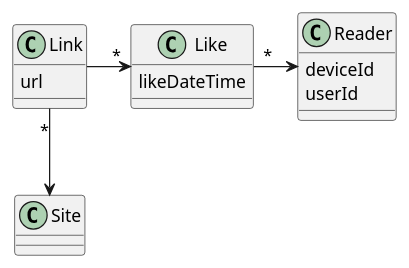
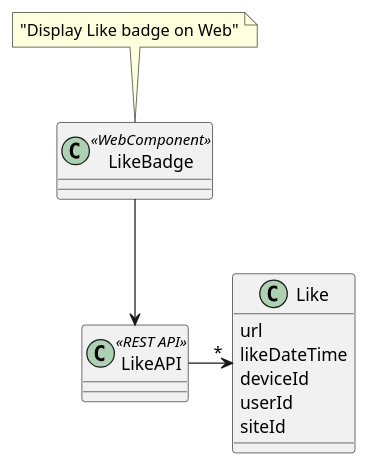
One commit to wutsi/wutsi-domain changed the diagram in doc/capabilities/like/model.plantuml. Above: the diagram before and after it, drawn with PlantUML.

```diff
--- a/doc/capabilities/like/model.plantuml
+++ b/doc/capabilities/like/model.plantuml
@@ -1,21 +1,23 @@
 @startuml
-class Link {
+
+
+class LikeBadge << WebComponent >> 
+note top of LikeBadge: "Display Like badge on Web"  
+
+class LikeAPI << REST API>>
+
+
+class Like {
   url
+  likeDateTime 
+  deviceId
+  userId
+  siteId
 }
 
-class Site {
-}
+LikeAPI -> "*" Like 
+LikeBadge --> LikeAPI
 
-class Like {
-  likeDateTime 
-}
 
-class Reader {
-  deviceId
-  userId
-}
 
-Link -> "*" Like
-Link "*" --> Site
-Like "*" -> Reader
 @enduml
```
